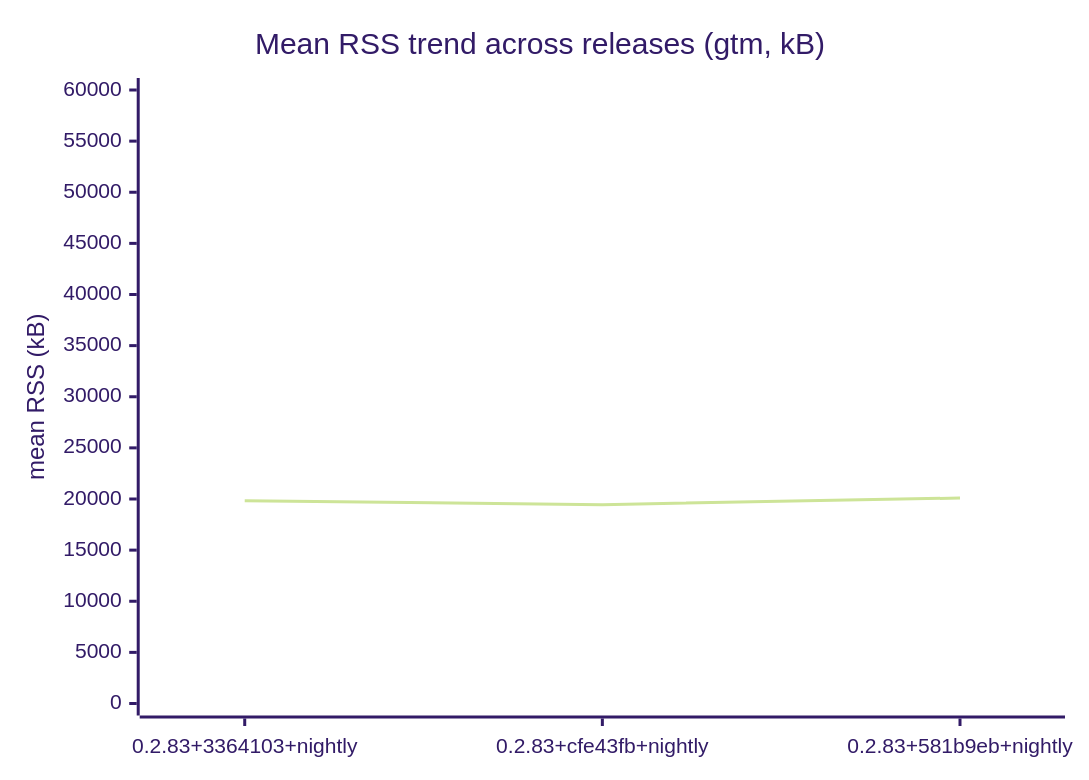
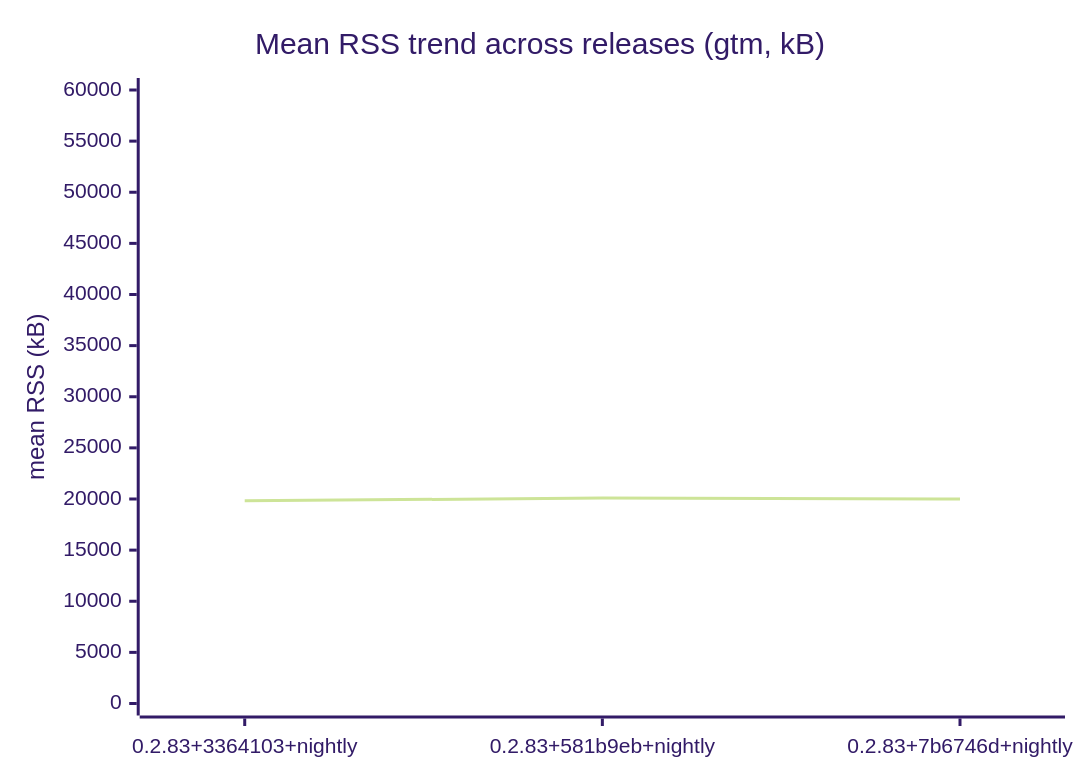
The second of 2 diagrams in BENCHMARK.md (prjctimg/gtm.rs), drawn with Mermaid (forest theme) before and after one commit. The commit also changed other lines of this file and 1 other file, not shown here.

Commit message:
bench: results for 0.2.83+7b6746d+nightly [skip nightly]

````diff
--- a/BENCHMARK.md
+++ b/BENCHMARK.md
@@ -37,7 +37,7 @@
 ```mermaid
 xychart-beta
   title "Mean RSS trend across releases (gtm, kB)"
-  x-axis [0.2.83+3364103+nightly, 0.2.83+cfe43fb+nightly, 0.2.83+581b9eb+nightly]
+  x-axis [0.2.83+3364103+nightly, 0.2.83+581b9eb+nightly, 0.2.83+7b6746d+nightly]
   y-axis "mean RSS (kB)" 0 --> 60000
-  line [19817,19449,20097]
+  line [19817,20097,19993]
 ```
````
